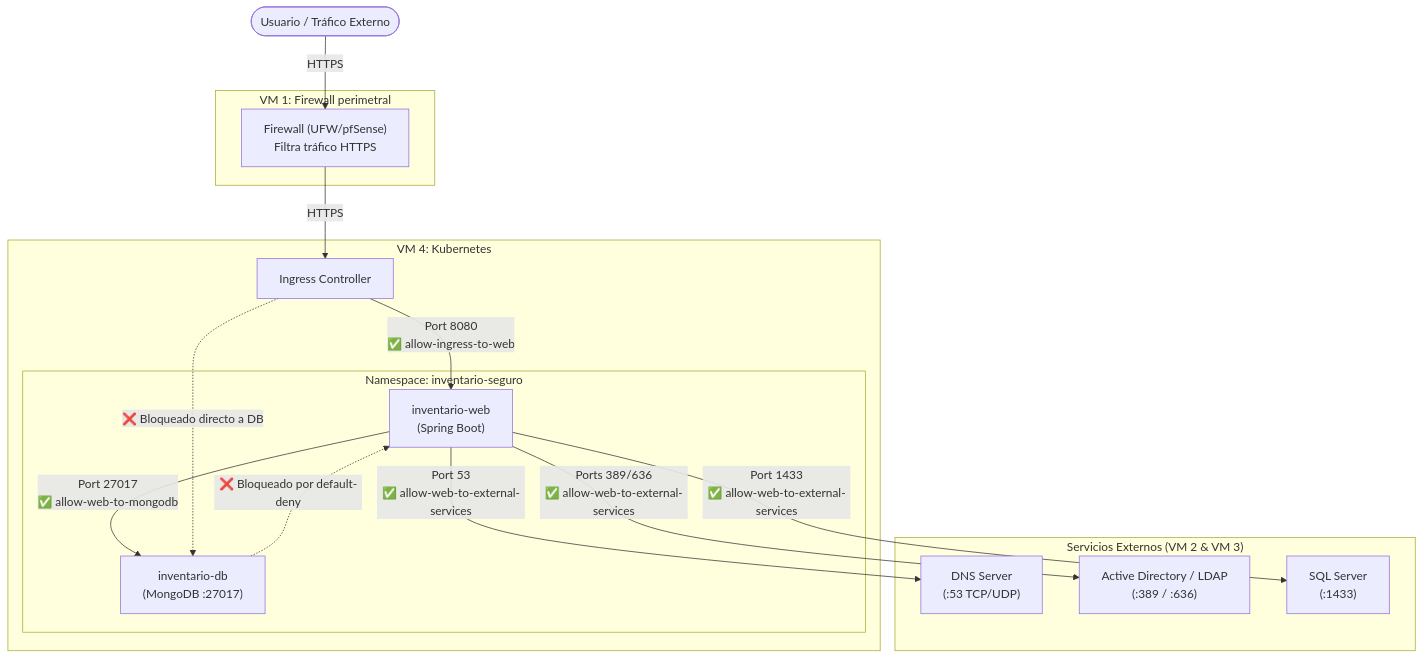
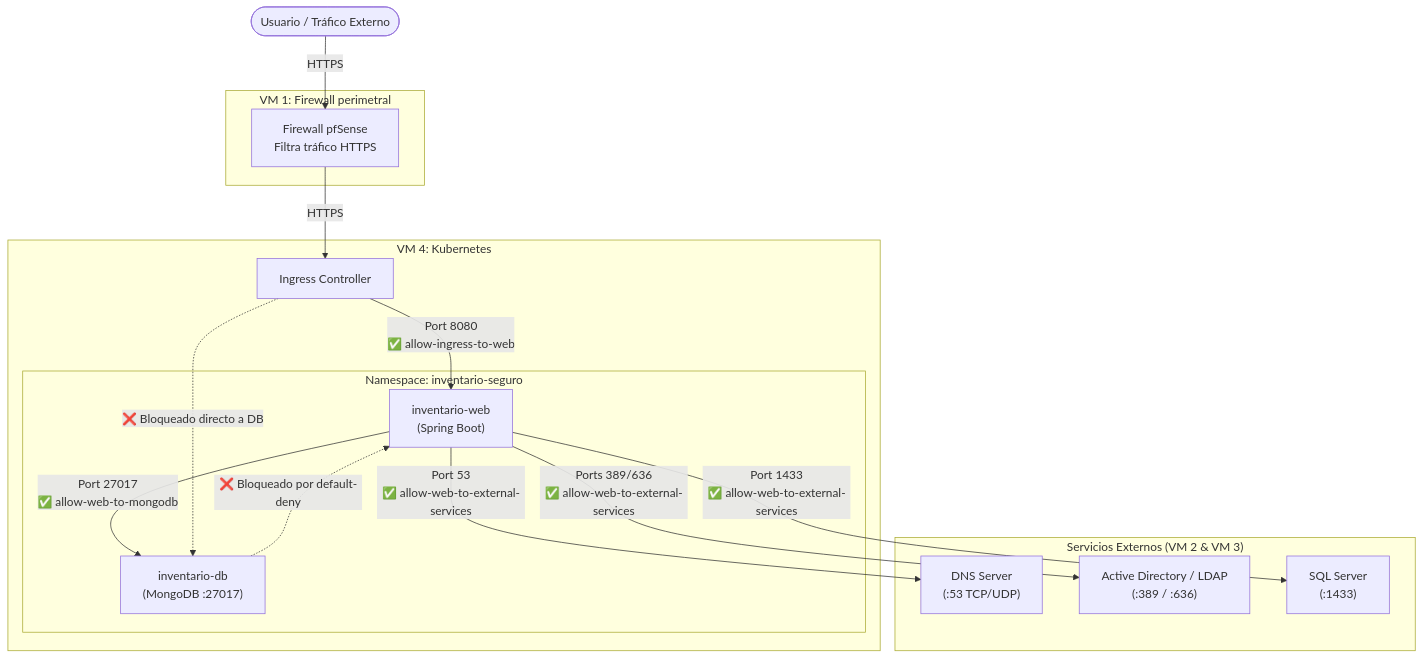
One commit to juanmahumeniuk/egi-inventario-seguro changed the fifth of 6 diagrams in docs/Informe_EGI_Inventario.md. Above: the diagram before and after it, drawn with Mermaid. The commit also changed other lines of this file, not shown here.

Commit message:
docs: documentar configuracion pfSense y NetworkPolicies/Calico (alcance, reglas y pasos)

````diff
--- a/docs/Informe_EGI_Inventario.md
+++ b/docs/Informe_EGI_Inventario.md
@@ -288,37 +305,37 @@
 ```mermaid
 graph TD
     EXT([Usuario / Tráfico Externo])
     
     subgraph VM1["VM 1: Firewall perimetral"]
-        FW["Firewall (UFW/pfSense)\nFiltra tráfico HTTPS"]
+        FW["Firewall pfSense\nFiltra tráfico HTTPS"]
     end
 
     subgraph VM4["VM 4: Kubernetes"]
         IC["Ingress Controller"]
         
         subgraph NS["Namespace: inventario-seguro"]
             FE["inventario-web\n(Spring Boot)"]
             MONGO["inventario-db\n(MongoDB :27017)"]
         end
     end
 
     subgraph VMExt["Servicios Externos (VM 2 & VM 3)"]
         DNS["DNS Server\n(:53 TCP/UDP)"]
         LDAP["Active Directory / LDAP\n(:389 / :636)"]
         SQL["SQL Server\n(:1433)"]
     end
 
     EXT -- "HTTPS" --> FW
     FW -- "HTTPS" --> IC
     IC -- "Port 8080\n✅ allow-ingress-to-web" --> FE
     FE -- "Port 27017\n✅ allow-web-to-mongodb" --> MONGO
     
     %% Tráfico saliente a VMs externas
     FE -- "Port 53\n✅ allow-web-to-external-services" --> DNS
     FE -- "Ports 389/636\n✅ allow-web-to-external-services" --> LDAP
     FE -- "Port 1433\n✅ allow-web-to-external-services" --> SQL
 
     %% Denegaciones internas
     MONGO -. "❌ Bloqueado por default-deny" .-> FE
     IC -. "❌ Bloqueado directo a DB" .-> MONGO
 ```
````
